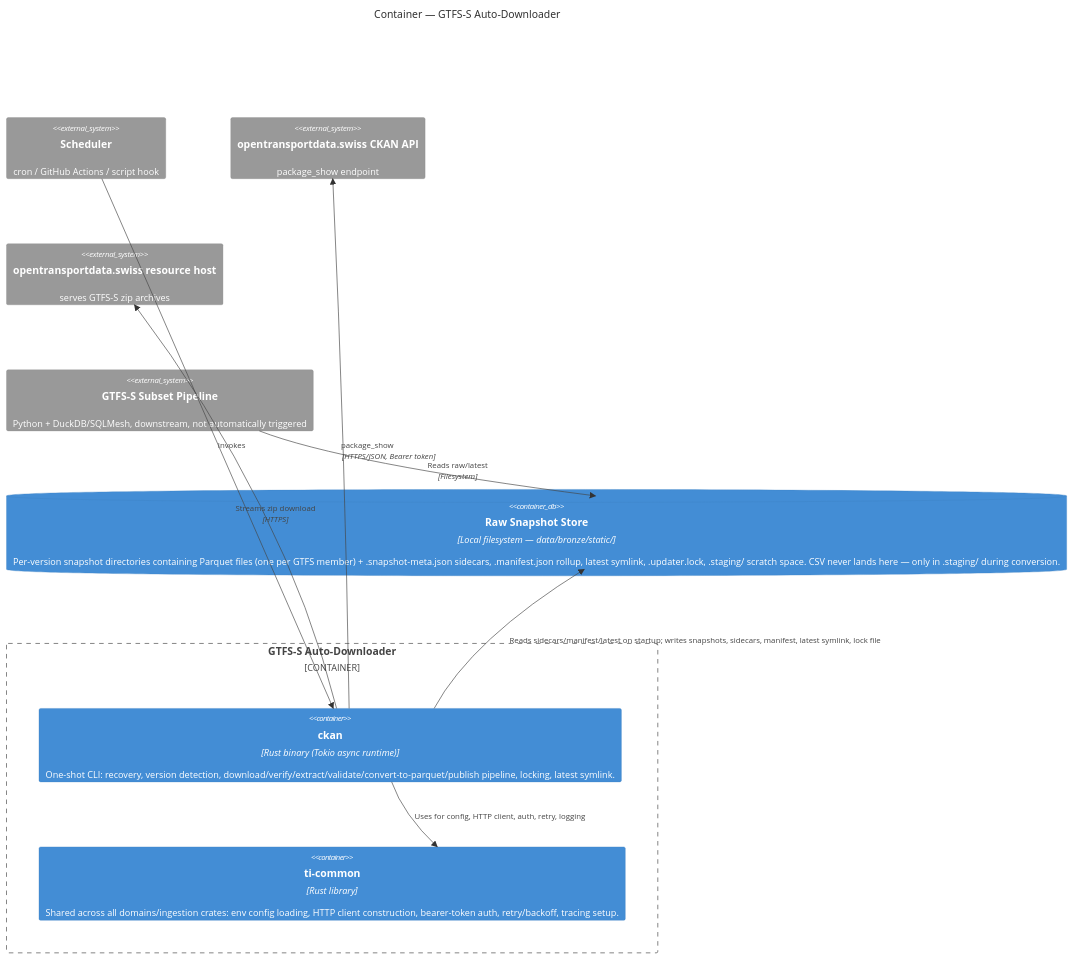
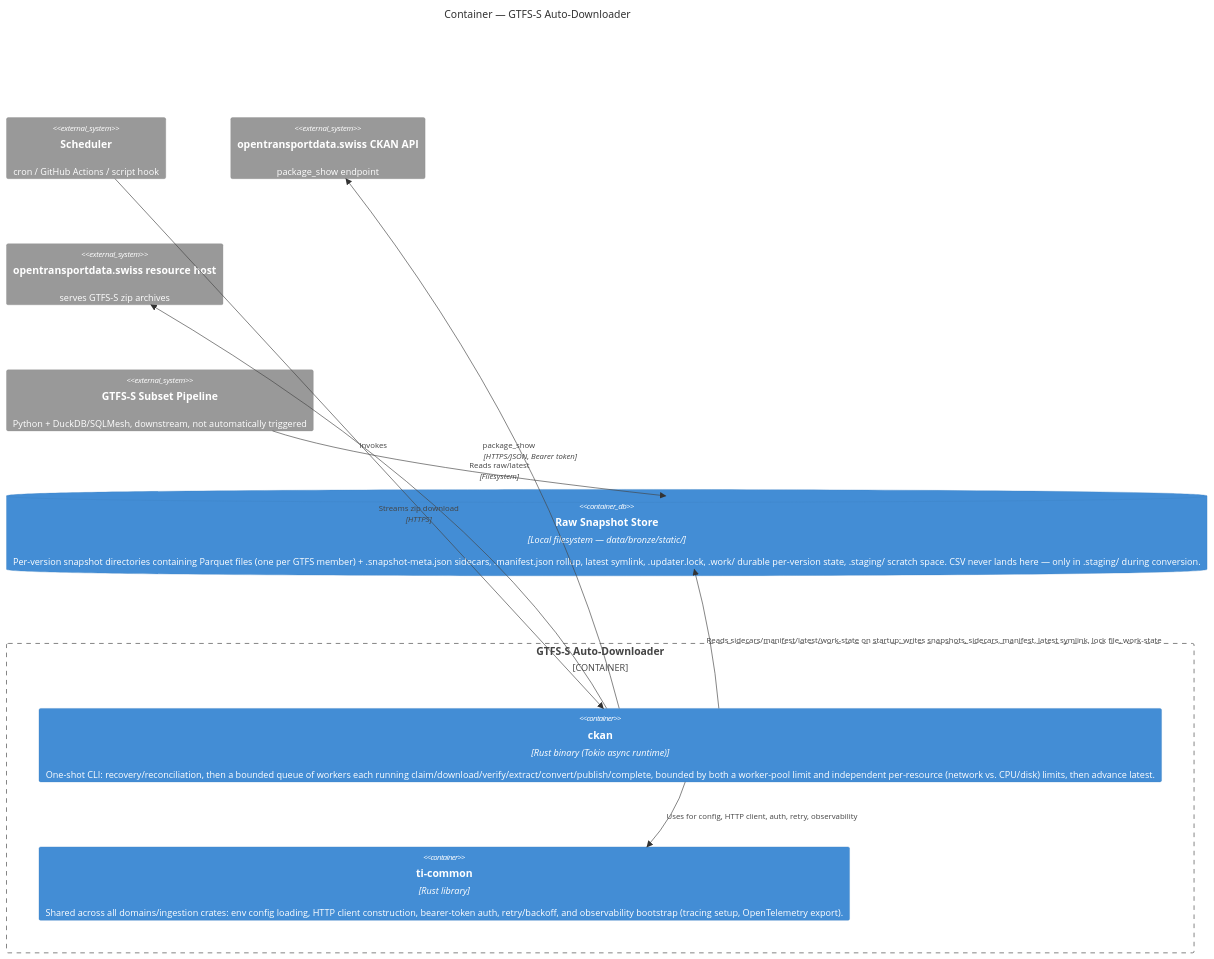
The diagram in docs/architecture/c4/ingestion/static-container.md (Shreyas-Agarwal/transit-intelligence), drawn with Mermaid before and after one commit. The commit also changed other lines of this file and 6 other files, not shown here.

````diff
--- a/docs/architecture/c4/ingestion/static-container.md
+++ b/docs/architecture/c4/ingestion/static-container.md
@@ -8,23 +8,23 @@
 ```mermaid
 C4Container
     title Container — GTFS-S Auto-Downloader
 
     System_Ext(scheduler, "Scheduler", "cron / GitHub Actions / script hook")
     System_Ext(ckan_api, "opentransportdata.swiss CKAN API", "package_show endpoint")
     System_Ext(resource_host, "opentransportdata.swiss resource host", "serves GTFS-S zip archives")
     System_Ext(subset_pipeline, "GTFS-S Subset Pipeline", "Python + DuckDB/SQLMesh, downstream, not automatically triggered")
 
     Container_Boundary(downloader, "GTFS-S Auto-Downloader") {
-        Container(ckan_bin, "ckan", "Rust binary (Tokio async runtime)", "One-shot CLI: recovery, version detection, download/verify/extract/validate/convert-to-parquet/publish pipeline, locking, latest symlink.")
-        Container(ti_common, "ti-common", "Rust library", "Shared across all domains/ingestion crates: env config loading, HTTP client construction, bearer-token auth, retry/backoff, tracing setup.")
+        Container(ckan_bin, "ckan", "Rust binary (Tokio async runtime)", "One-shot CLI: recovery/reconciliation, then a bounded queue of workers each running claim/download/verify/extract/convert/publish/complete, bounded by both a worker-pool limit and independent per-resource (network vs. CPU/disk) limits, then advance latest.")
+        Container(ti_common, "ti-common", "Rust library", "Shared across all domains/ingestion crates: env config loading, HTTP client construction, bearer-token auth, retry/backoff, and observability bootstrap (tracing setup, OpenTelemetry export).")
     }
 
-    ContainerDb(raw_store, "Raw Snapshot Store", "Local filesystem — data/bronze/static/", "Per-version snapshot directories containing Parquet files (one per GTFS member) + .snapshot-meta.json sidecars, .manifest.json rollup, latest symlink, .updater.lock, .staging/ scratch space. CSV never lands here — only in .staging/ during conversion.")
+    ContainerDb(raw_store, "Raw Snapshot Store", "Local filesystem — data/bronze/static/", "Per-version snapshot directories containing Parquet files (one per GTFS member) + .snapshot-meta.json sidecars, .manifest.json rollup, latest symlink, .updater.lock, .work/ durable per-version state, .staging/ scratch space. CSV never lands here — only in .staging/ during conversion.")
 
     Rel(scheduler, ckan_bin, "Invokes")
-    Rel(ckan_bin, ti_common, "Uses for config, HTTP client, auth, retry, logging")
+    Rel(ckan_bin, ti_common, "Uses for config, HTTP client, auth, retry, observability")
     Rel(ckan_bin, ckan_api, "package_show", "HTTPS/JSON, Bearer token")
     Rel(ckan_bin, resource_host, "Streams zip download", "HTTPS")
-    Rel(ckan_bin, raw_store, "Reads sidecars/manifest/latest on startup; writes snapshots, sidecars, manifest, latest symlink, lock file")
+    Rel(ckan_bin, raw_store, "Reads sidecars/manifest/latest/work-state on startup; writes snapshots, sidecars, manifest, latest symlink, lock file, work-state")
     Rel(subset_pipeline, raw_store, "Reads raw/latest", "Filesystem")
 ```
````
